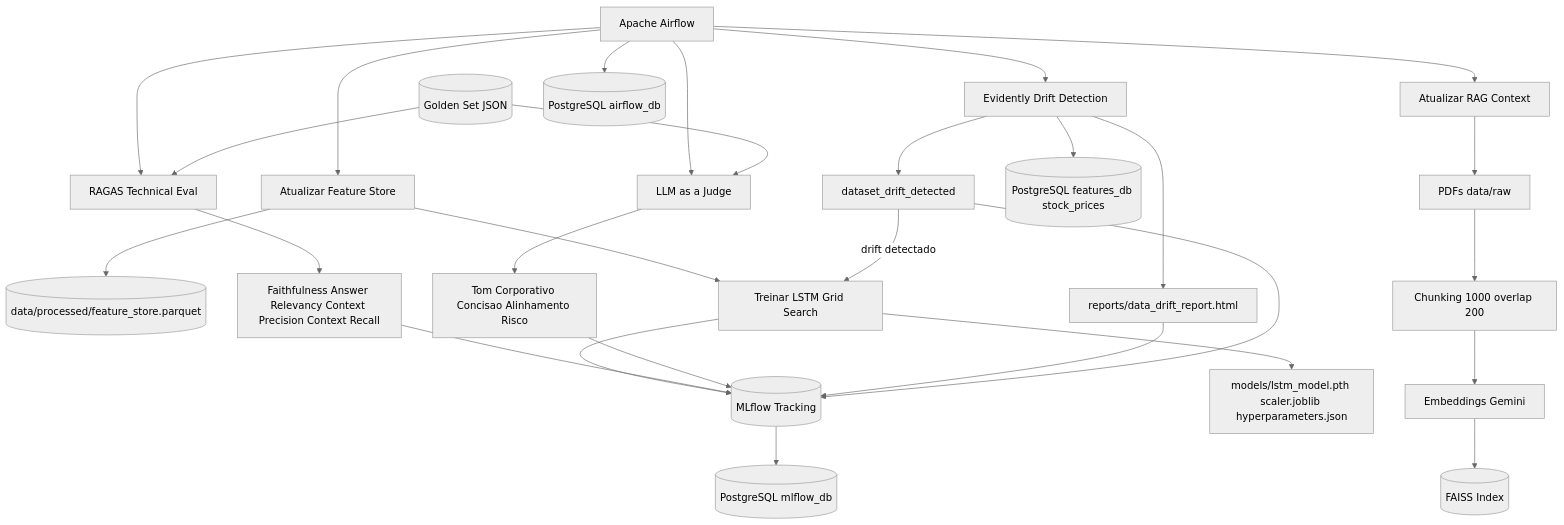
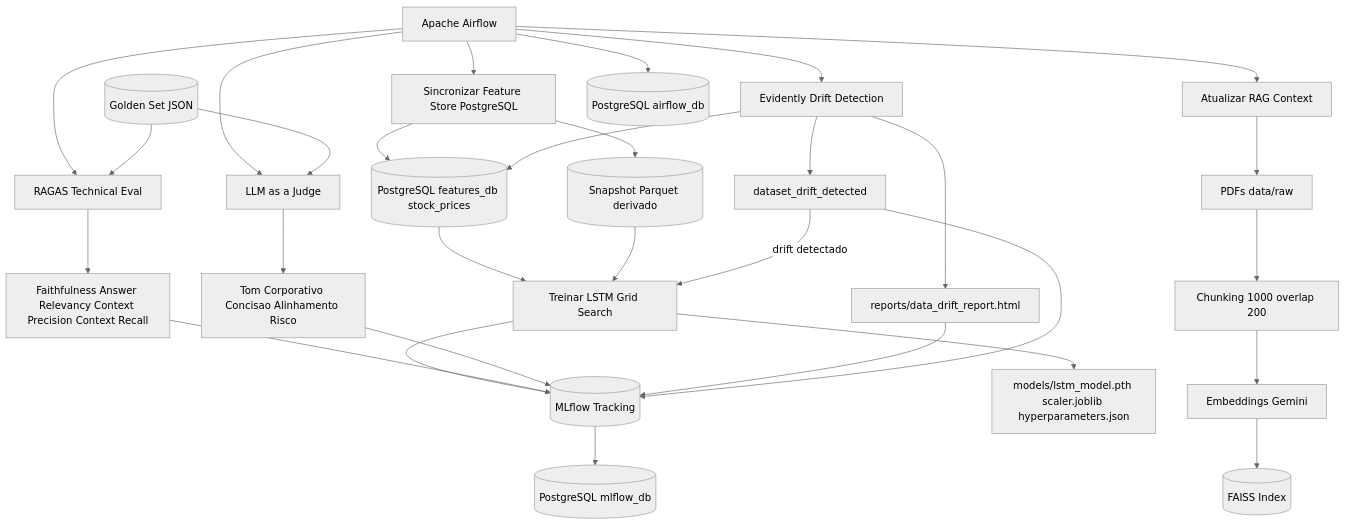
Before and after one commit to ahmiura/datathon-grupo-01: the second of 2 diagrams in docs/ARCHITECTURE.md, drawn with Mermaid (neutral theme). The commit also changed other lines of this file and 26 other files, not shown here.

````diff
--- a/docs/ARCHITECTURE.md
+++ b/docs/ARCHITECTURE.md
@@ -45,35 +45,37 @@
 ```mermaid
 flowchart TD
-  Airflow[Apache Airflow] --> FeatureTask[Atualizar Feature Store]
-  FeatureTask --> Parquet[(data/processed/feature_store.parquet)]
-  FeatureTask --> Train[Treinar LSTM Grid Search]
+  Airflow[Apache Airflow] --> FeatureTask[Sincronizar Feature Store PostgreSQL]
+  FeatureTask --> FeatureDB[(PostgreSQL features_db stock_prices)]
+  FeatureTask --> Parquet[(Snapshot Parquet derivado)]
+  FeatureDB --> Train[Treinar LSTM Grid Search]
+  Parquet --> Train
   Train --> MLflow[(MLflow Tracking)]
   Train --> ModelFiles[models/lstm_model.pth scaler.joblib hyperparameters.json]
 
   Airflow --> RagUpdate[Atualizar RAG Context]
   RagUpdate --> PDFs[PDFs data/raw]
   PDFs --> Splitter[Chunking 1000 overlap 200]
   Splitter --> Embed[Embeddings Gemini]
   Embed --> VectorIndex[(FAISS Index)]
 
   Airflow --> RagasEval[RAGAS Technical Eval]
   GoldenSet[(Golden Set JSON)] --> RagasEval
   RagasEval --> RagasMetrics[Faithfulness Answer Relevancy Context Precision Context Recall]
   RagasMetrics --> MLflow
 
   Airflow --> BizJudge[LLM as a Judge]
   GoldenSet --> BizJudge
   BizJudge --> BizMetrics[Tom Corporativo Concisao Alinhamento Risco]
   BizMetrics --> MLflow
 
   Airflow --> Drift[Evidently Drift Detection]
-  Drift --> FeatureDB[(PostgreSQL features_db stock_prices)]
+  Drift --> FeatureDB
   Drift --> DriftReport[reports/data_drift_report.html]
   Drift --> DriftMetric[dataset_drift_detected]
   DriftReport --> MLflow
   DriftMetric --> MLflow
   DriftMetric -->|drift detectado| Train
 
   MLflow --> MLflowDB[(PostgreSQL mlflow_db)]
   Airflow --> AirflowDB[(PostgreSQL airflow_db)]
 ```
````
